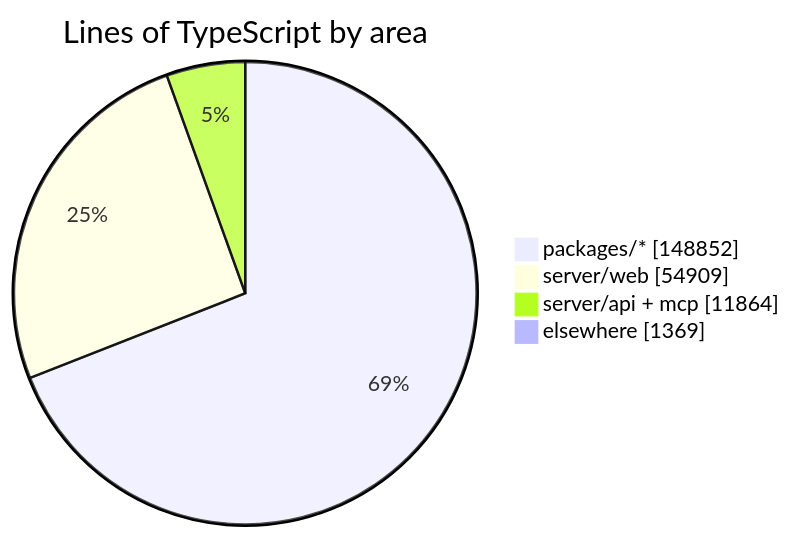
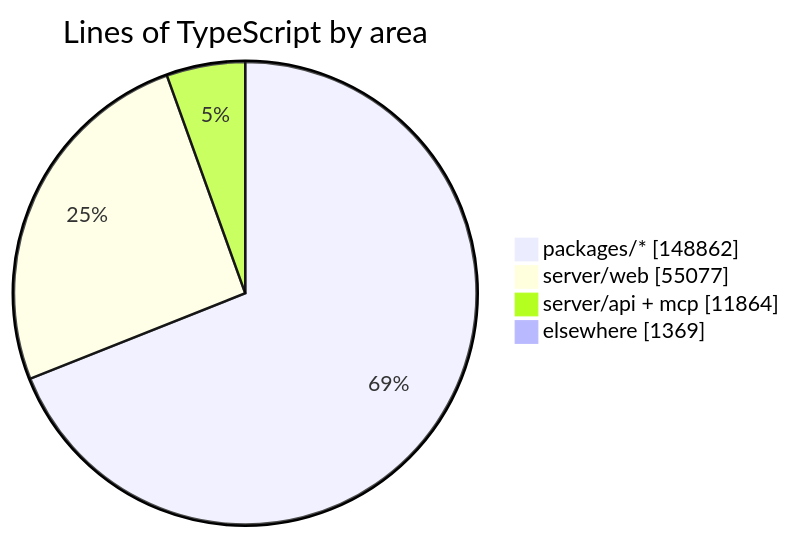
The diagram in README.md (crossworks-engineering/mantle), drawn with Mermaid before and after one commit. The commit also changed other lines of this file and 2 other files, not shown here.

````diff
--- a/README.md
+++ b/README.md
@@ -279,7 +279,7 @@
 ```mermaid
 pie showData title Lines of TypeScript by area
-    "packages/*" : 148852
-    "server/web" : 54909
+    "packages/*" : 148862
+    "server/web" : 55077
     "server/api + mcp" : 11864
     "elsewhere" : 1369
 ```
````
